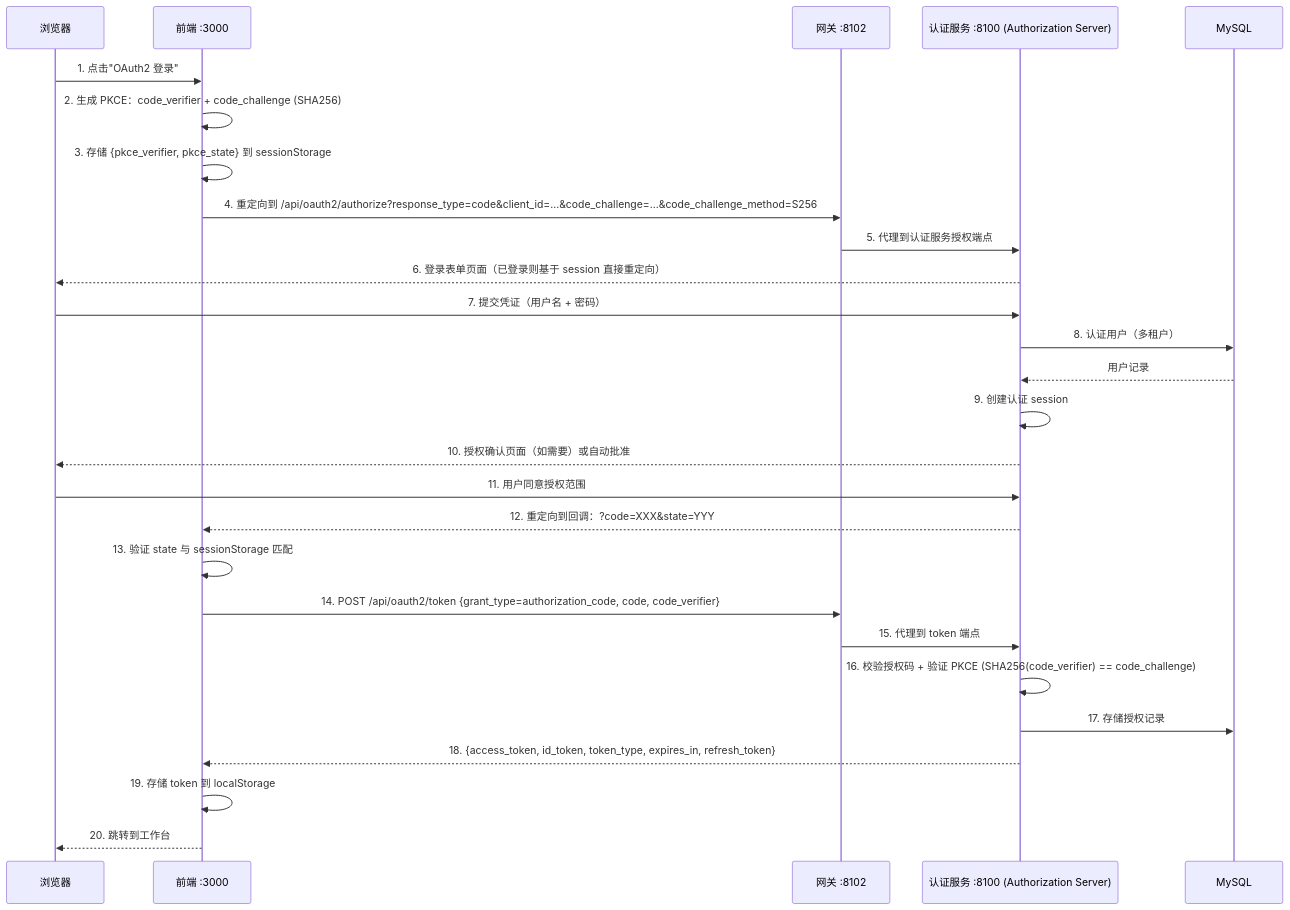
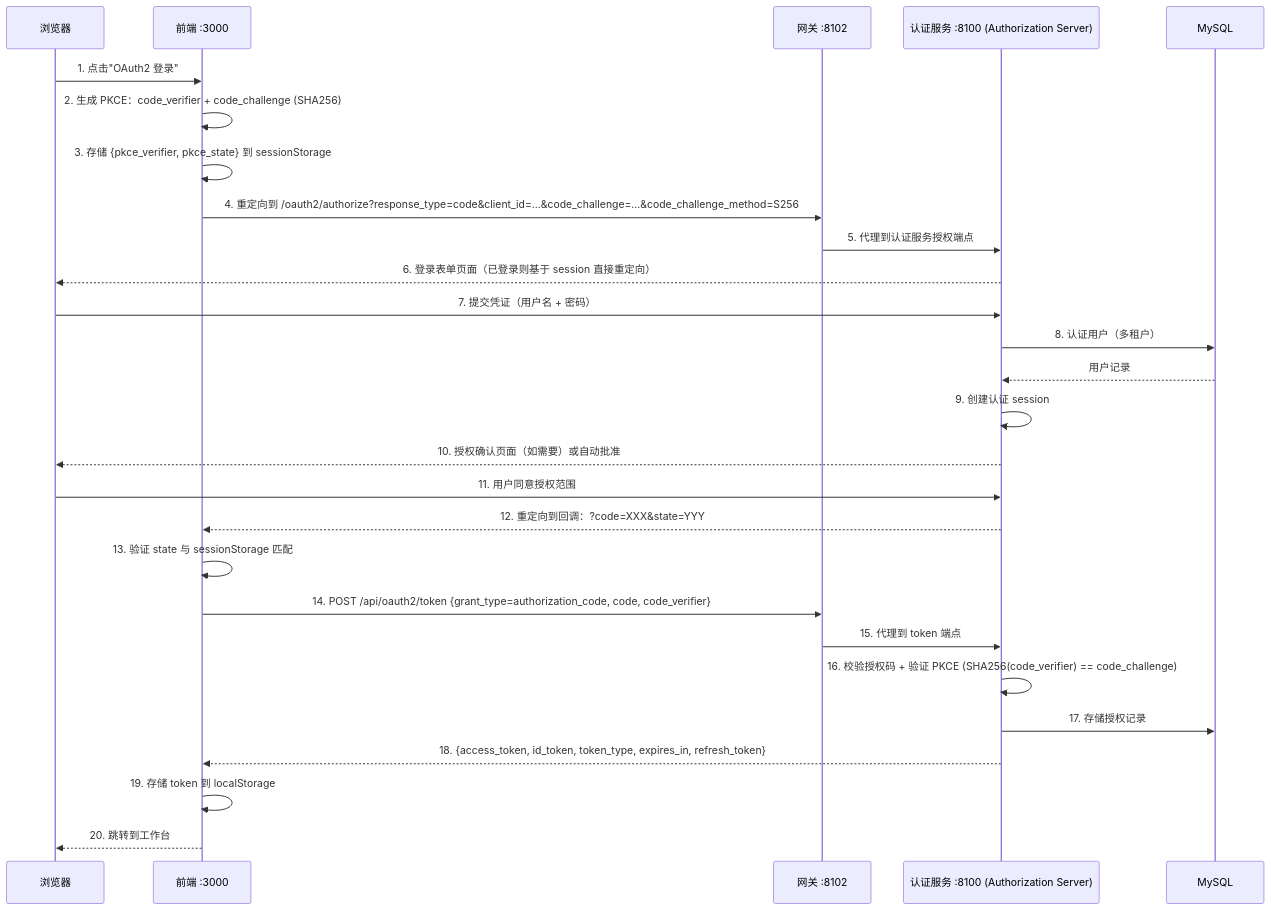
The second of 19 diagrams in docs/core-flows.md (wang-baohai/Omni-Stack), drawn with Mermaid before and after one commit. The commit also changed other lines of this file and 1443 other files, not shown here.

````diff
--- a/docs/core-flows.md
+++ b/docs/core-flows.md
@@ -277,30 +277,30 @@
 ```mermaid
 sequenceDiagram
     participant B as 浏览器
     participant F as 前端 :3000
     participant G as 网关 :8102
     participant A as 认证服务 :8100 (Authorization Server)
     participant M as MySQL
 
     B->>F: 1. 点击"OAuth2 登录"
     F->>F: 2. 生成 PKCE：code_verifier + code_challenge (SHA256)
     F->>F: 3. 存储 {pkce_verifier, pkce_state} 到 sessionStorage
-    F->>G: 4. 重定向到 /api/oauth2/authorize?response_type=code&client_id=...&code_challenge=...&code_challenge_method=S256
+    F->>G: 4. 重定向到 /oauth2/authorize?response_type=code&client_id=...&code_challenge=...&code_challenge_method=S256
     G->>A: 5. 代理到认证服务授权端点
     A-->>B: 6. 登录表单页面（已登录则基于 session 直接重定向）
     B->>A: 7. 提交凭证（用户名 + 密码）
     A->>M: 8. 认证用户（多租户）
     M-->>A: 用户记录
     A->>A: 9. 创建认证 session
     A-->>B: 10. 授权确认页面（如需要）或自动批准
     B->>A: 11. 用户同意授权范围
     A-->>F: 12. 重定向到回调：?code=XXX&state=YYY
     F->>F: 13. 验证 state 与 sessionStorage 匹配
     F->>G: 14. POST /api/oauth2/token {grant_type=authorization_code, code, code_verifier}
     G->>A: 15. 代理到 token 端点
     A->>A: 16. 校验授权码 + 验证 PKCE (SHA256(code_verifier) == code_challenge)
     A->>M: 17. 存储授权记录
     A-->>F: 18. {access_token, id_token, token_type, expires_in, refresh_token}
     F->>F: 19. 存储 token 到 localStorage
     F-->>B: 20. 跳转到工作台
 ```
````
